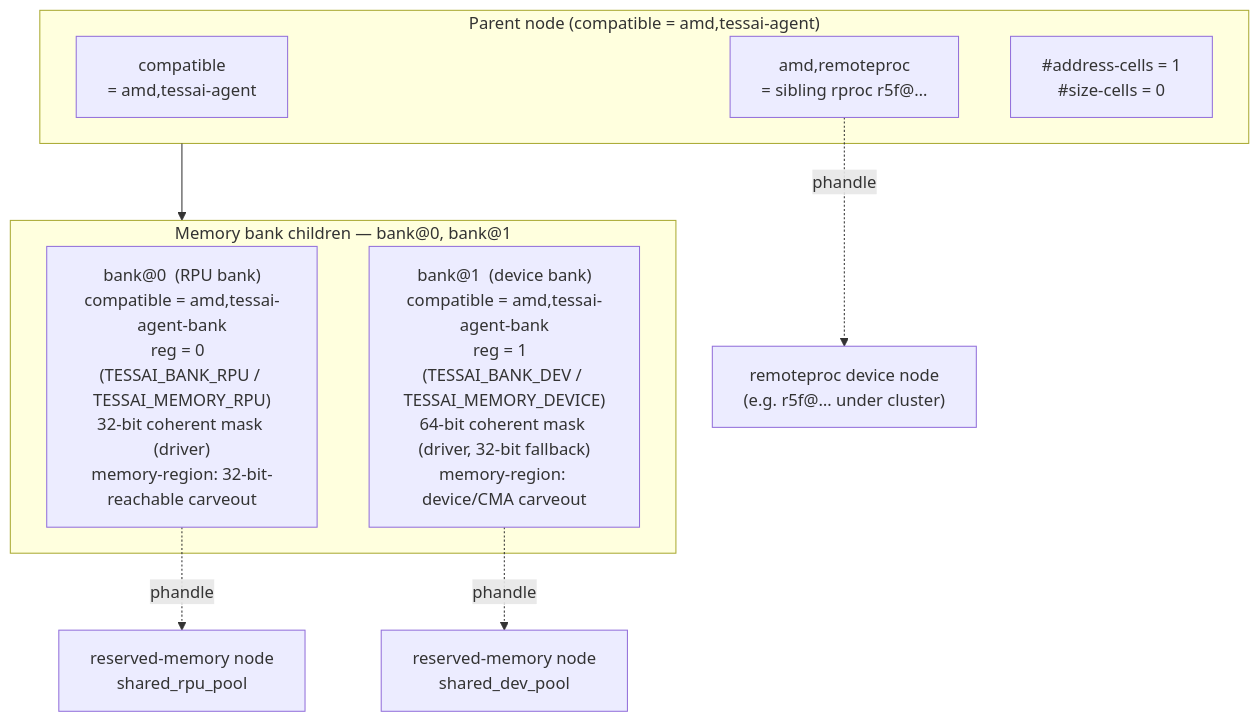
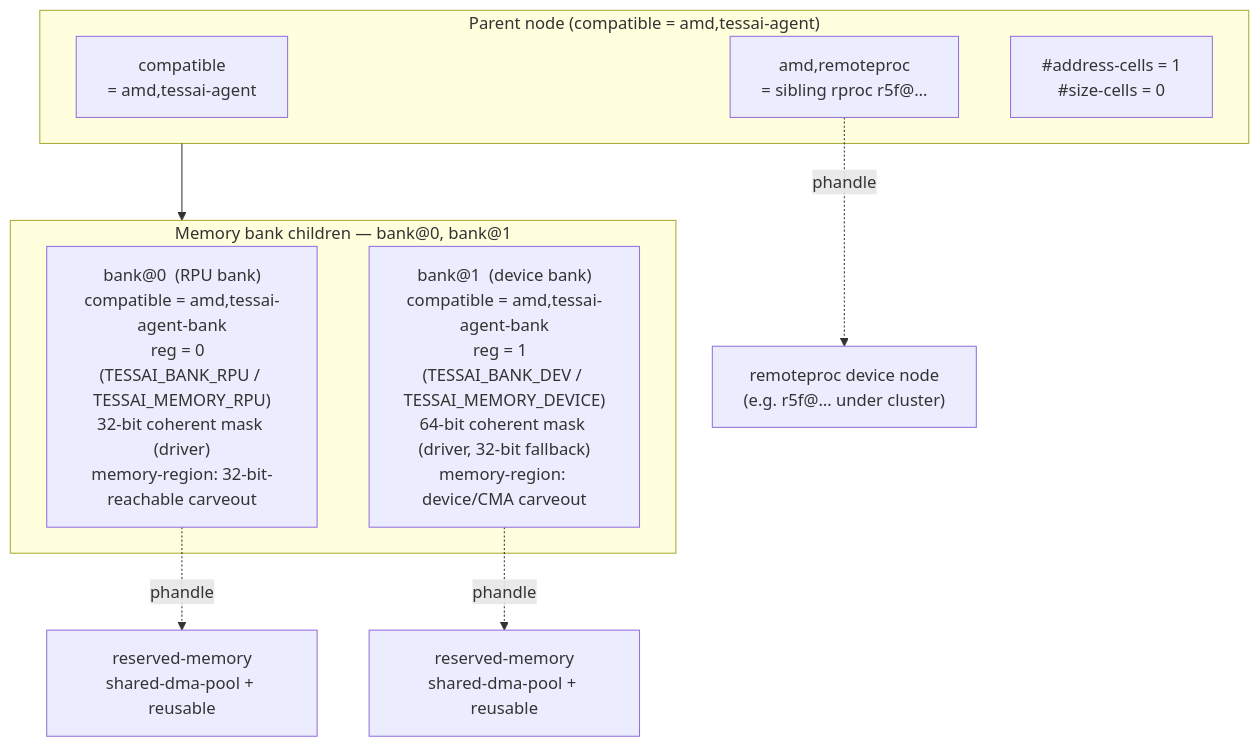
Before and after one commit to Xilinx/amdrnpu: the diagram in docs/devicetree-binding.md, drawn with Mermaid. The commit also changed other lines of this file and 4 other files, not shown here.

````diff
--- a/docs/devicetree-binding.md
+++ b/docs/devicetree-binding.md
@@ -13,18 +13,18 @@
 ```mermaid
 flowchart TB
     subgraph TOP["Parent node (compatible = amd,tessai-agent)"]
         P_COMPAT["compatible<br/>= amd,tessai-agent"]
         P_RPROC["amd,remoteproc<br/>= sibling rproc r5f@…"]
         P_AC["#address-cells = 1<br/>#size-cells = 0"]
     end
 
     subgraph CHILDREN["Memory bank children — bank@0, bank@1"]
         B0["bank@0  (RPU bank)<br/>compatible = amd,tessai-agent-bank<br/>reg = 0  (TESSAI_BANK_RPU / TESSAI_MEMORY_RPU)<br/>32-bit coherent mask (driver)<br/>memory-region: 32-bit-reachable carveout"]
         B1["bank@1  (device bank)<br/>compatible = amd,tessai-agent-bank<br/>reg = 1  (TESSAI_BANK_DEV / TESSAI_MEMORY_DEVICE)<br/>64-bit coherent mask (driver, 32-bit fallback)<br/>memory-region: device/CMA carveout"]
     end
 
     TOP --> CHILDREN
     P_RPROC -. phandle .-> RPROC["remoteproc device node<br/>(e.g. r5f@… under cluster)"]
-    B0 -. phandle .-> POOL_RPU["reserved-memory node<br/>shared_rpu_pool"]
-    B1 -. phandle .-> POOL_DEV["reserved-memory node<br/>shared_dev_pool"]
+    B0 -. phandle .-> POOL_RPU["reserved-memory<br/>shared-dma-pool + reusable"]
+    B1 -. phandle .-> POOL_DEV["reserved-memory<br/>shared-dma-pool + reusable"]
 ```
````
